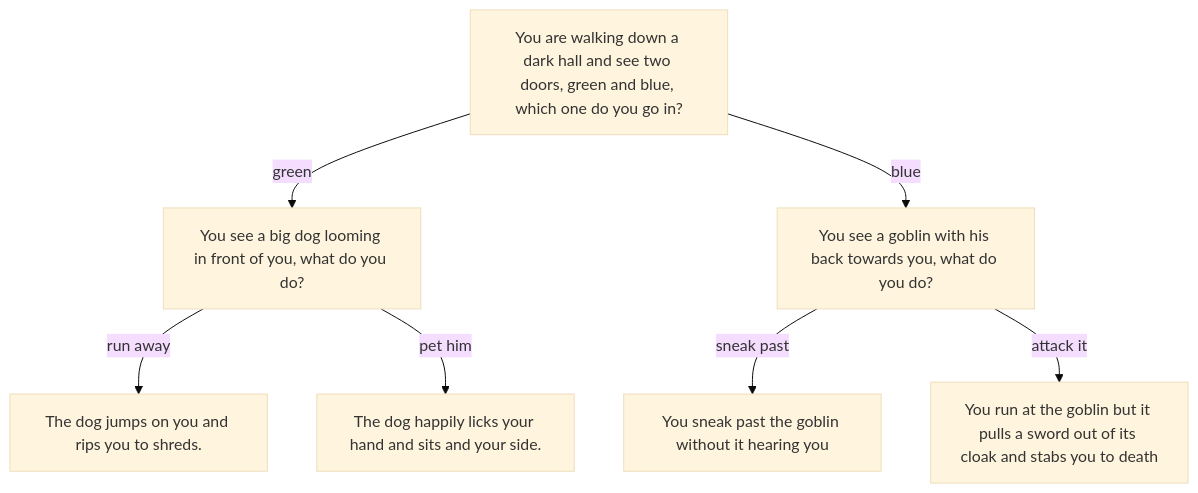
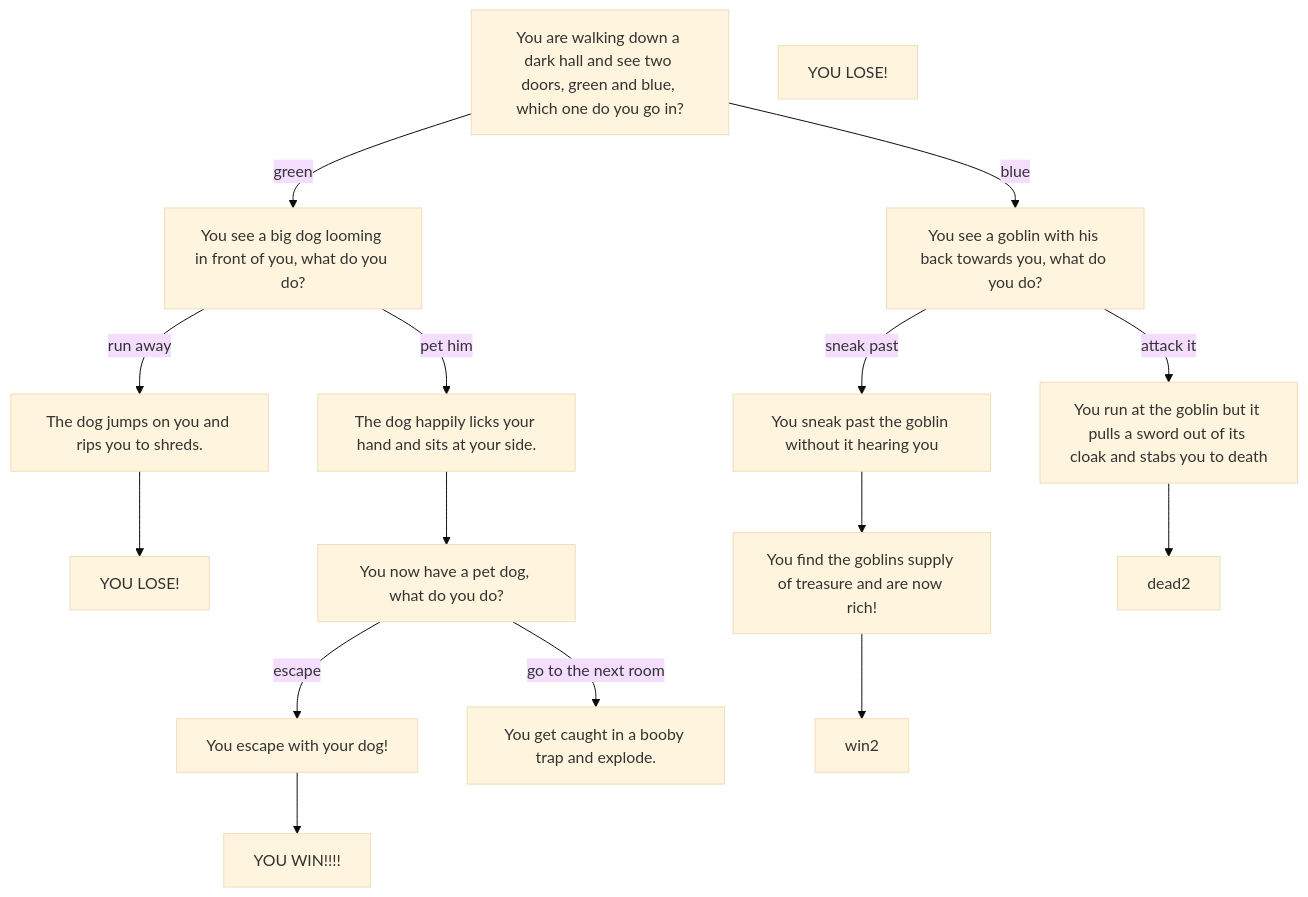
One commit to BenjaminPritchard07/BenjaminPritchard07.github.io changed the diagram in Diagram.md. Above: the diagram before and after it, drawn with Mermaid (base theme).

````diff
--- a/Diagram.md
+++ b/Diagram.md
@@ -3,16 +3,33 @@
 ```mermaid
 graph TD;
     start[You are walking down a dark hall and see two doors, green and blue, which one do you go in?]
     dog[You see a big dog looming in front of you, what do you do?]
     run[The dog jumps on you and rips you to shreds.]
-    pet[The dog happily licks your hand and sits and your side.]
+    pet[The dog happily licks your hand and sits at your side.]
     goblin[You see a goblin with his back towards you, what do you do?]
     sneak[You sneak past the goblin without it hearing you]
     attack[You run at the goblin but it pulls a sword out of its cloak and stabs you to death]
+    dead1[YOU LOSE!]
+    dead1[YOU LOSE!]
+    level2[You now have a pet dog, what do you do?]
+    escape[You escape with your dog!]
+    blowup[You get caught in a booby trap and explode.]
+    dead3[YOU LOSE!]
+    win[YOU WIN!!!!]
+    treasure[You find the goblins supply of treasure and are now rich!]
+    win2
     start-->|green|dog
     dog-->|run away|run
+    run-->dead1
     dog-->|pet him|pet
+    pet-->level2
+    level2-->|escape|escape
+    escape-->win
+    level2-->|go to the next room|blowup
     start-->|blue|goblin
     goblin-->|sneak past|sneak
+    sneak-->treasure
+    treasure-->win2
     goblin-->|attack it|attack
+    attack-->dead2
 ```
````
